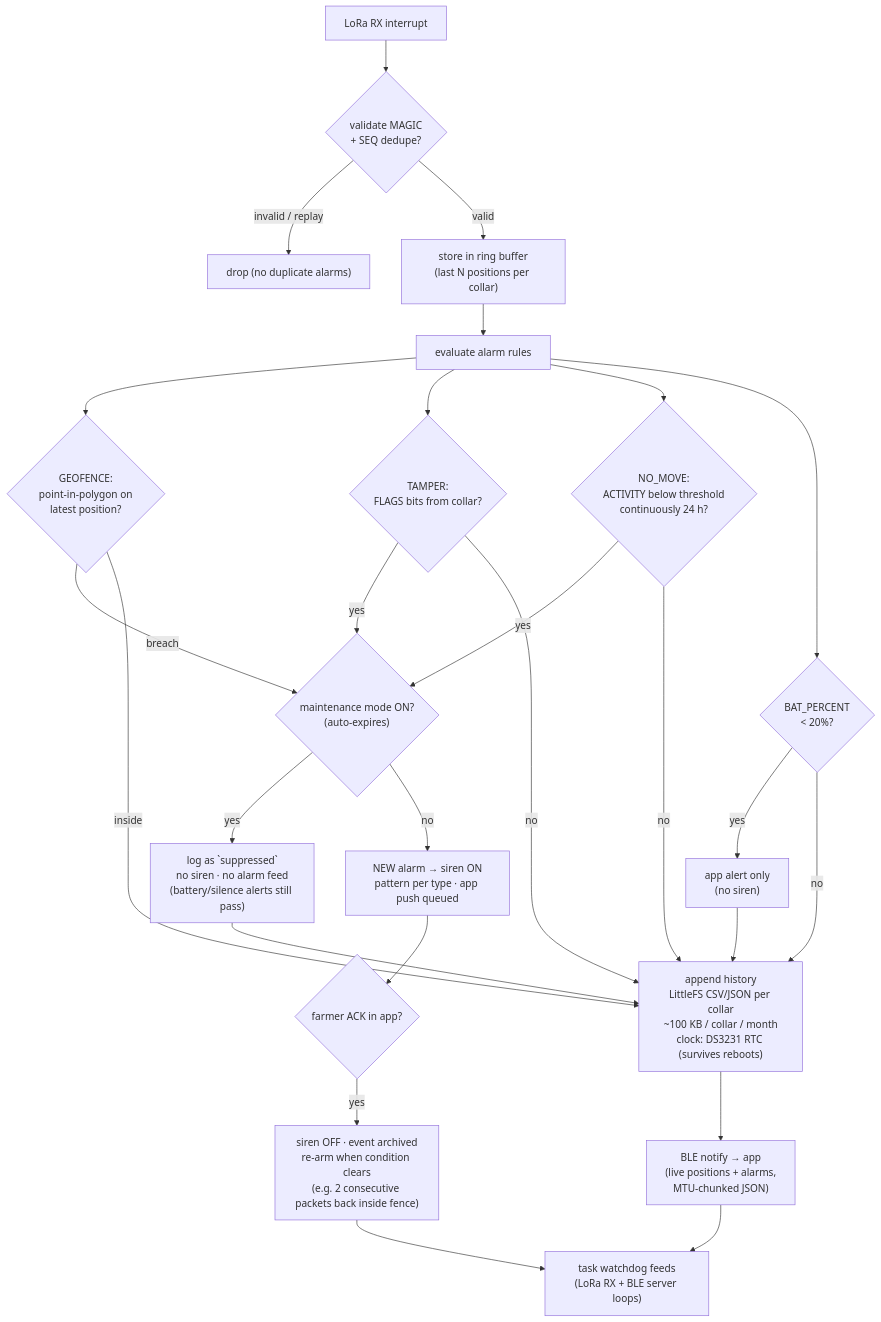
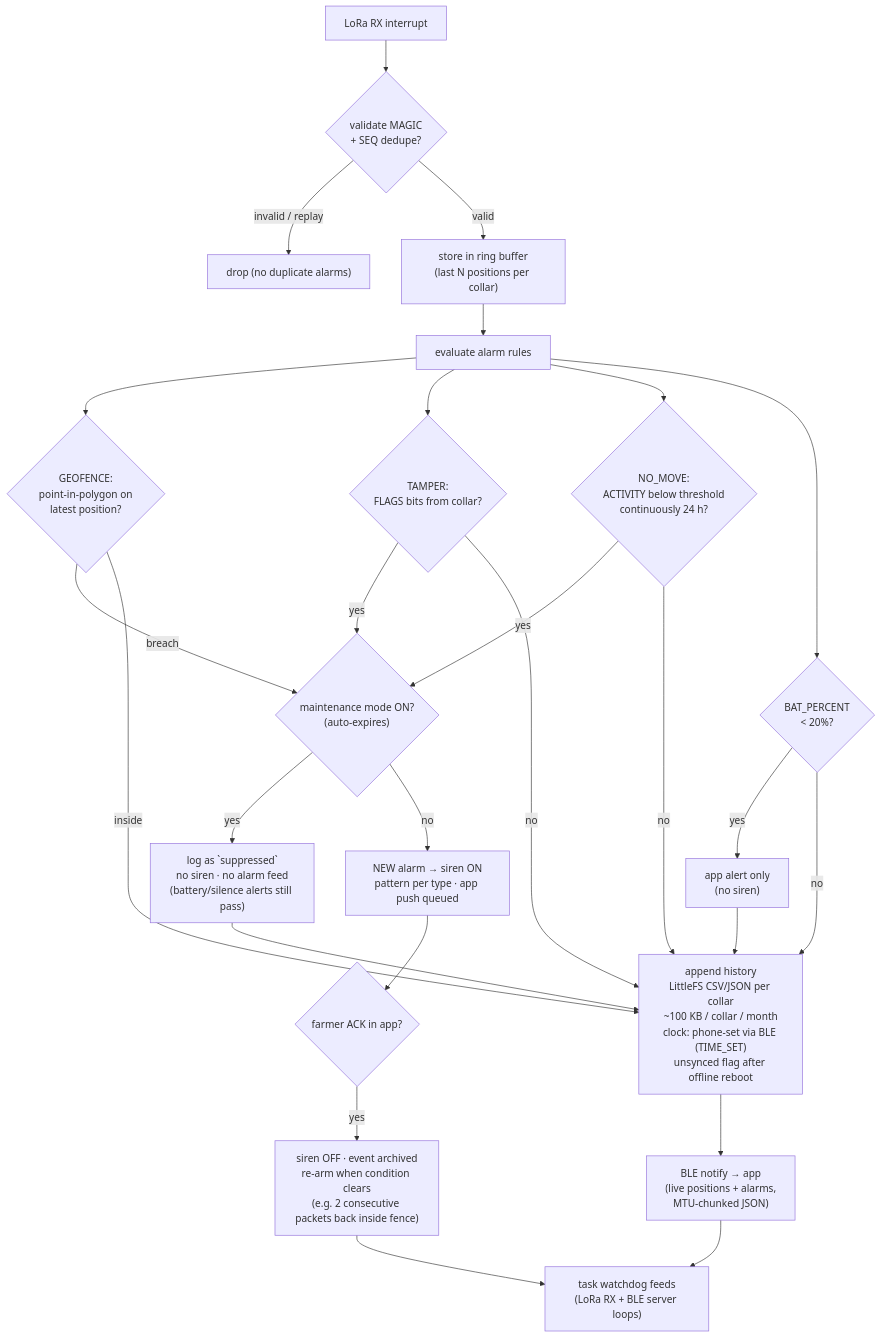
One commit to qppd/smart-collar changed the second of 4 diagrams in docs/FLOWCHART.md. Above: the diagram before and after it, drawn with Mermaid. The commit also changed 11 other files, not shown here.

First line of the commit message:
Remove DS3231: base clock syncs from the phone over BLE (TIME_SET)

````diff
--- a/docs/FLOWCHART.md
+++ b/docs/FLOWCHART.md
@@ -42,29 +42,29 @@
 ```mermaid
 flowchart TB
     RX["LoRa RX interrupt"] --> VAL{"validate MAGIC<br/>+ SEQ dedupe?"}
     VAL -- "invalid / replay" --> DROP["drop (no duplicate alarms)"]
     VAL -- "valid" --> RING["store in ring buffer<br/>(last N positions per collar)"]
     RING --> RULES["evaluate alarm rules"]
     RULES --> GEOF{"GEOFENCE:<br/>point-in-polygon on<br/>latest position?"}
     RULES --> TAMP{"TAMPER:<br/>FLAGS bits from collar?"}
     RULES --> NOMOVE{"NO_MOVE:<br/>ACTIVITY below threshold<br/>continuously 24 h?"}
     RULES --> BATT{"BAT_PERCENT<br/>&lt; 20%?"}
     BATT -- "yes" --> APPLERT["app alert only<br/>(no siren)"]
     BATT -- "no" --> HIST
     GEOF -- "breach" --> MAINT{"maintenance mode ON?<br/>(auto-expires)"}
     TAMP -- "yes" --> MAINT
     NOMOVE -- "yes" --> MAINT
     MAINT -- "yes" --> SUPPRESS["log as `suppressed`<br/>no siren · no alarm feed<br/>(battery/silence alerts still pass)"]
     SUPPRESS --> HIST
     MAINT -- "no" --> ALARM["NEW alarm → siren ON<br/>pattern per type · app push queued"]
     ALARM --> ACKQ{"farmer ACK in app?"}
     ACKQ -- "yes" --> SIRENOFF["siren OFF · event archived<br/>re-arm when condition clears<br/>(e.g. 2 consecutive packets back inside fence)"]
     GEOF -- "inside" --> HIST
     TAMP -- "no" --> HIST
     NOMOVE -- "no" --> HIST
-    HIST["append history<br/>LittleFS CSV/JSON per collar<br/>~100 KB / collar / month<br/>clock: DS3231 RTC (survives reboots)"]
+    HIST["append history<br/>LittleFS CSV/JSON per collar<br/>~100 KB / collar / month<br/>clock: phone-set via BLE (TIME_SET)<br/>unsynced flag after offline reboot"]
     HIST --> PUSH["BLE notify → app<br/>(live positions + alarms,<br/>MTU-chunked JSON)"]
     PUSH --> WDOGB["task watchdog feeds<br/>(LoRa RX + BLE server loops)"]
     SIRENOFF --> WDOGB
     APPLERT --> HIST
 ```
````
